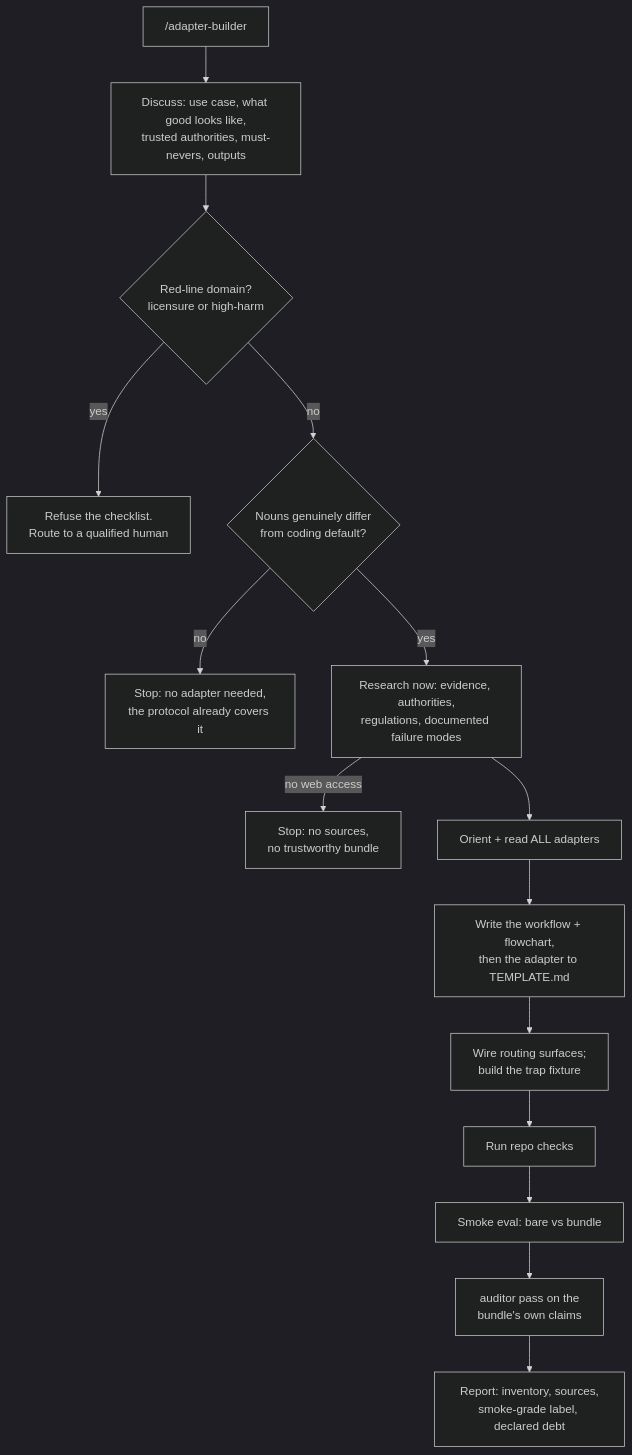
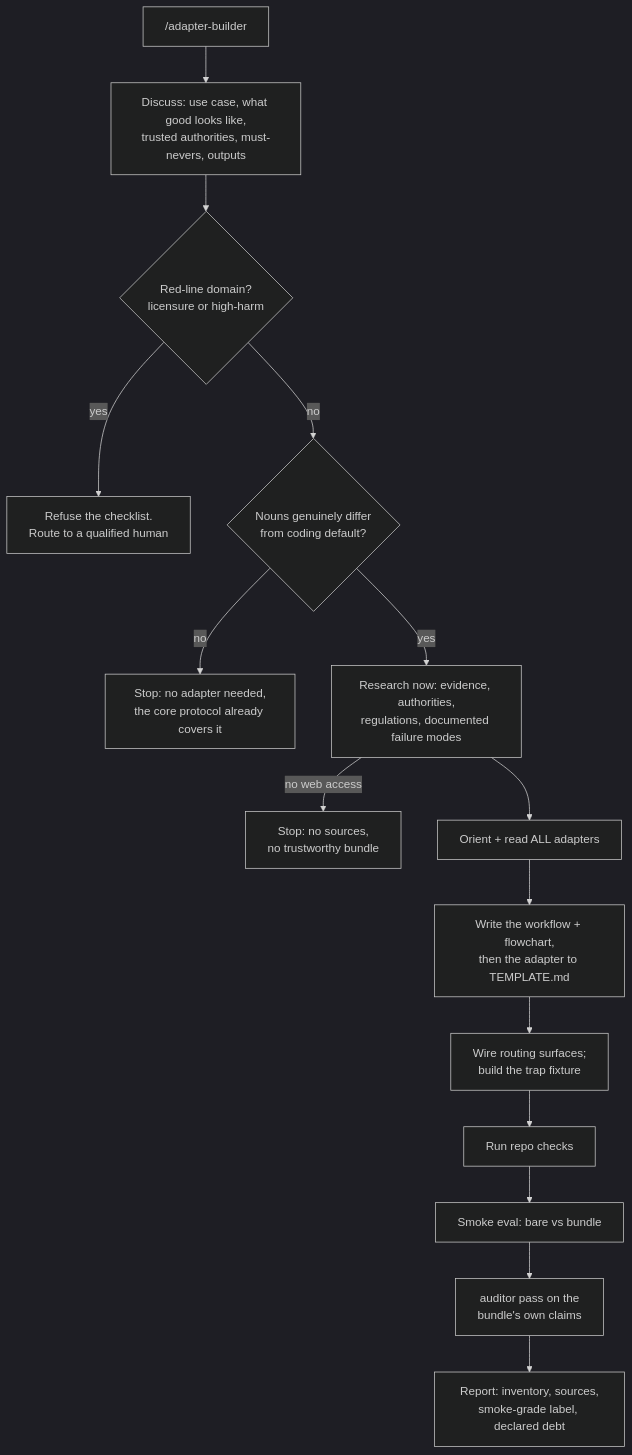
One commit to JubileeZ/Alpha-Zero-G changed the diagram in wip/fable-method/compressed/skills/adapter-builder/SKILL.md. Above: the diagram before and after it, drawn with Mermaid (dark theme). The commit also changed other lines of this file and 22 other files, not shown here.

````diff
--- a/wip/fable-method/compressed/skills/adapter-builder/SKILL.md
+++ b/wip/fable-method/compressed/skills/adapter-builder/SKILL.md
@@ -48,17 +48,17 @@
 ```mermaid
 flowchart TD
     A["/adapter-builder <sector>"] --> DIS["Discuss: use case, what good looks like,<br/>trusted authorities, must-nevers, outputs"]
     DIS --> RL{"Red-line domain?<br/>licensure or high-harm"}
     RL -->|yes| STOP["Refuse the checklist.<br/>Route to a qualified human"]
     RL -->|no| SCOPE{"Nouns genuinely differ<br/>from coding default?"}
-    SCOPE -->|no| NOAD["Stop: no adapter needed,<br/>the protocol already covers it"]
+    SCOPE -->|no| NOAD["Stop: no adapter needed,<br/>the core protocol already covers it"]
     SCOPE -->|yes| RES["Research now: evidence, authorities,<br/>regulations, documented failure modes"]
     RES -->|"no web access"| NOSRC["Stop: no sources,<br/>no trustworthy bundle"]
     RES --> ORI["Orient + read ALL adapters"]
     ORI --> WF["Write the workflow + flowchart,<br/>then the adapter to TEMPLATE.md"]
     WF --> WIRE["Wire routing surfaces;<br/>build the trap fixture"]
     WIRE --> CHK["Run repo checks"]
     CHK --> SMOKE["Smoke eval: bare vs bundle"]
     SMOKE --> JDG["auditor pass on the<br/>bundle's own claims"]
     JDG --> REP["Report: inventory, sources,<br/>smoke-grade label, declared debt"]
 ```
````
